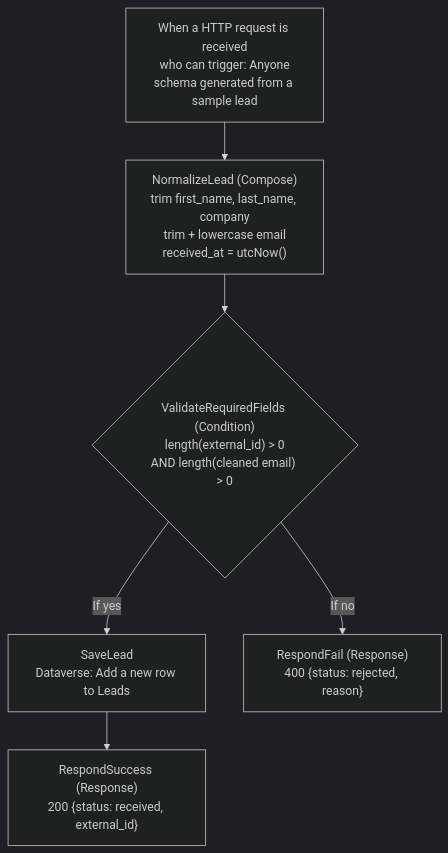
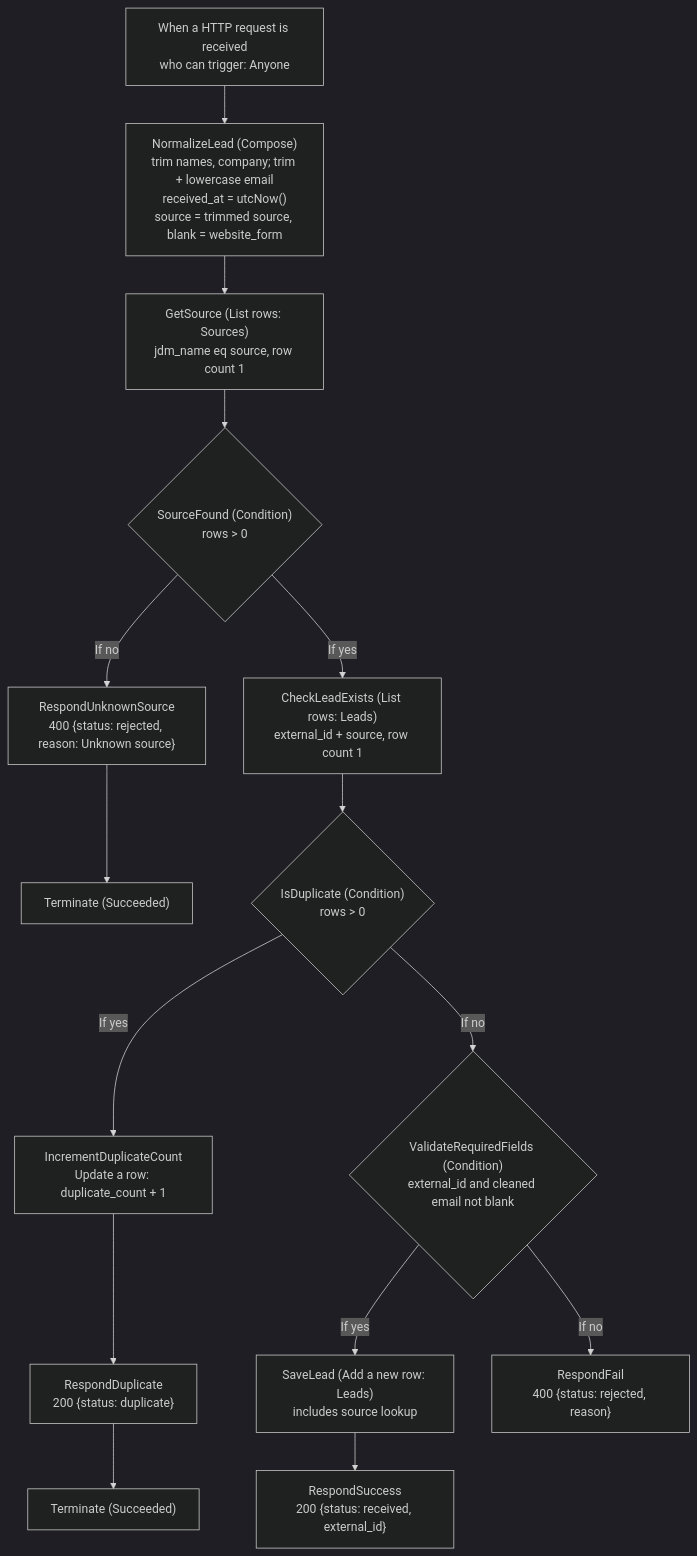
One commit to jdmaurer/ai-automation-lab changed the diagram in cases/rivertown-lead-intake/power-automate/README.md. Above: the diagram before and after it, drawn with Mermaid (dark theme). The commit also changed other lines of this file and 9 other files, not shown here.

First line of the commit message:
Dataverse rebuild part 2: flow uses source and key; duplicate handling; Gate 1 #7 closed

````diff
--- a/cases/rivertown-lead-intake/power-automate/README.md
+++ b/cases/rivertown-lead-intake/power-automate/README.md
@@ -15,8 +17,13 @@
 ```mermaid
 flowchart TD
-    A["When a HTTP request is received<br/>who can trigger: Anyone<br/>schema generated from a sample lead"] --> B["NormalizeLead (Compose)<br/>trim first_name, last_name, company<br/>trim + lowercase email<br/>received_at = utcNow()"]
-    B --> C{"ValidateRequiredFields (Condition)<br/>length(external_id) > 0<br/>AND length(cleaned email) > 0"}
-    C -- If yes --> D["SaveLead<br/>Dataverse: Add a new row to Leads"]
-    D --> E["RespondSuccess (Response)<br/>200 {status: received, external_id}"]
-    C -- If no --> F["RespondFail (Response)<br/>400 {status: rejected, reason}"]
+    A["When a HTTP request is received<br/>who can trigger: Anyone"] --> B["NormalizeLead (Compose)<br/>trim names, company; trim + lowercase email<br/>received_at = utcNow()<br/>source = trimmed source, blank = website_form"]
+    B --> C["GetSource (List rows: Sources)<br/>jdm_name eq source, row count 1"]
+    C --> D{"SourceFound (Condition)<br/>rows > 0"}
+    D -- If no --> E["RespondUnknownSource<br/>400 {status: rejected, reason: Unknown source}"] --> E2["Terminate (Succeeded)"]
+    D -- If yes --> F["CheckLeadExists (List rows: Leads)<br/>external_id + source, row count 1"]
+    F --> G{"IsDuplicate (Condition)<br/>rows > 0"}
+    G -- If yes --> H["IncrementDuplicateCount<br/>Update a row: duplicate_count + 1"] --> I["RespondDuplicate<br/>200 {status: duplicate}"] --> I2["Terminate (Succeeded)"]
+    G -- If no --> J{"ValidateRequiredFields (Condition)<br/>external_id and cleaned email not blank"}
+    J -- If yes --> K["SaveLead (Add a new row: Leads)<br/>includes source lookup"] --> L["RespondSuccess<br/>200 {status: received, external_id}"]
+    J -- If no --> M["RespondFail<br/>400 {status: rejected, reason}"]
 ```
````
